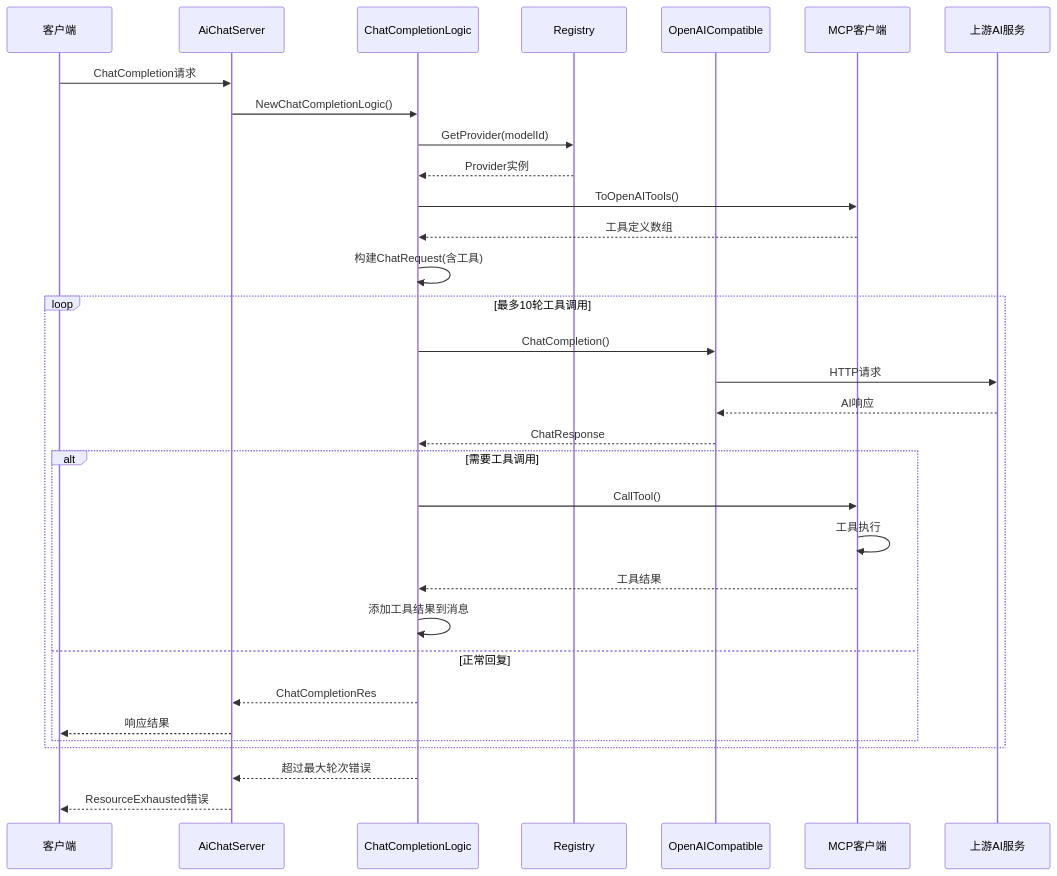
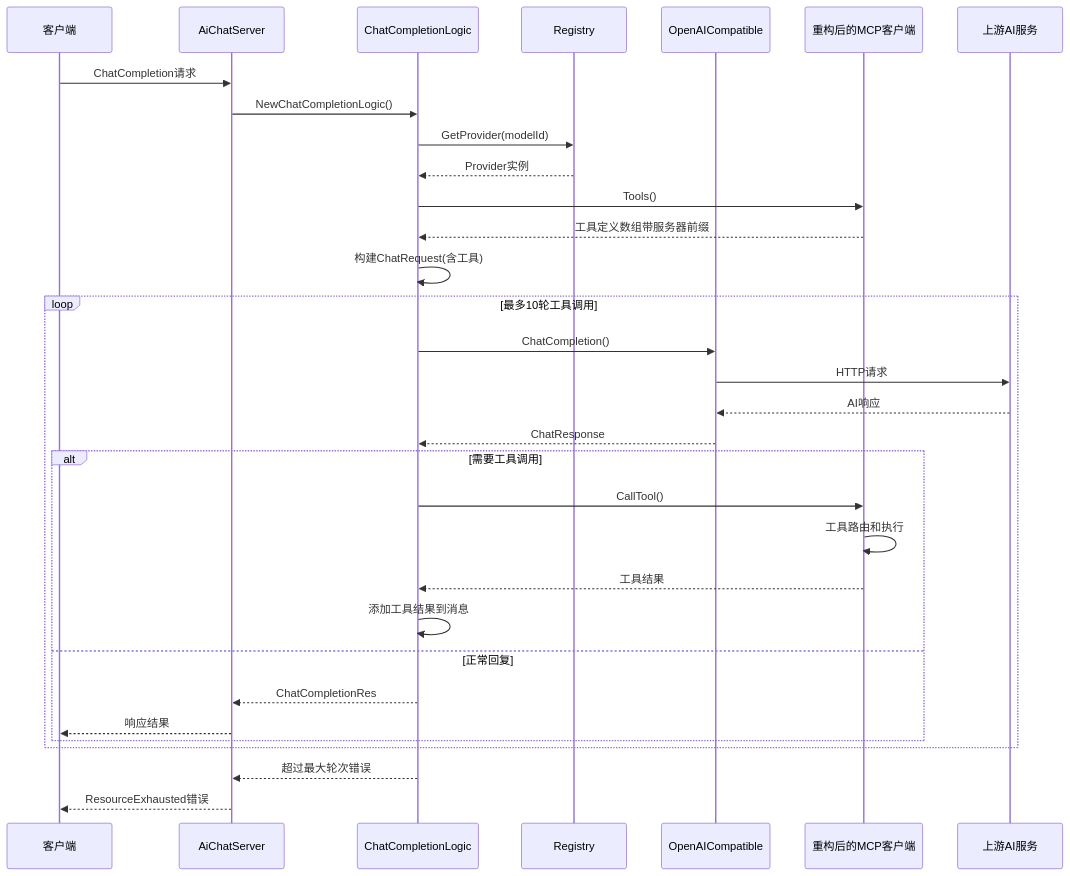
The fifth of 11 diagrams in .qoder/repowiki/zh/content/核心服务详解/AI聊天服务.md (maomao94/zero-service), drawn with Mermaid before and after one commit. The commit also changed other lines of this file and 11 other files, not shown here.

````diff
--- a/.qoder/repowiki/zh/content/核心服务详解/AI聊天服务.md
+++ b/.qoder/repowiki/zh/content/核心服务详解/AI聊天服务.md
@@ -313,34 +445,34 @@
 ```mermaid
 sequenceDiagram
 participant Client as 客户端
 participant Server as AiChatServer
 participant Logic as ChatCompletionLogic
 participant Registry as Registry
 participant Provider as OpenAICompatible
-participant McpClient as MCP客户端
+participant McpxClient as 重构后的MCP客户端
 participant Upstream as 上游AI服务
 Client->>Server : ChatCompletion请求
 Server->>Logic : NewChatCompletionLogic()
 Logic->>Registry : GetProvider(modelId)
 Registry-->>Logic : Provider实例
-Logic->>McpClient : ToOpenAITools()
-McpClient-->>Logic : 工具定义数组
+Logic->>McpxClient : Tools()
+McpxClient-->>Logic : 工具定义数组带服务器前缀
 Logic->>Logic : 构建ChatRequest(含工具)
 loop 最多10轮工具调用
 Logic->>Provider : ChatCompletion()
 Provider->>Upstream : HTTP请求
 Upstream-->>Provider : AI响应
 Provider-->>Logic : ChatResponse
 alt 需要工具调用
-Logic->>McpClient : CallTool()
-McpClient->>McpClient : 工具执行
-McpClient-->>Logic : 工具结果
+Logic->>McpxClient : CallTool()
+McpxClient->>McpxClient : 工具路由和执行
+McpxClient-->>Logic : 工具结果
 Logic->>Logic : 添加工具结果到消息
 else 正常回复
 Logic-->>Server : ChatCompletionRes
 Server-->>Client : 响应结果
 end
 end
 Logic-->>Server : 超过最大轮次错误
 Server-->>Client : ResourceExhausted错误
 ```
````
